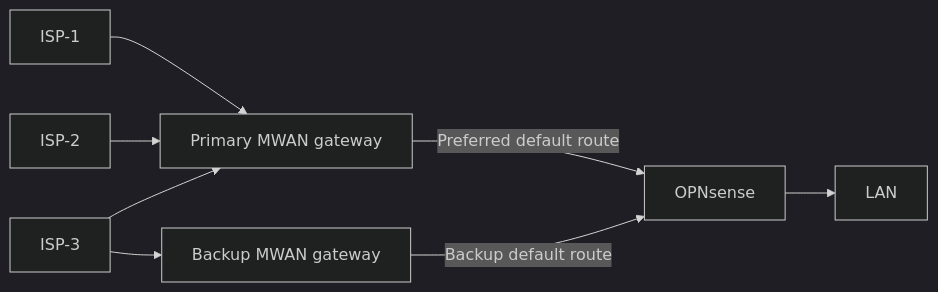
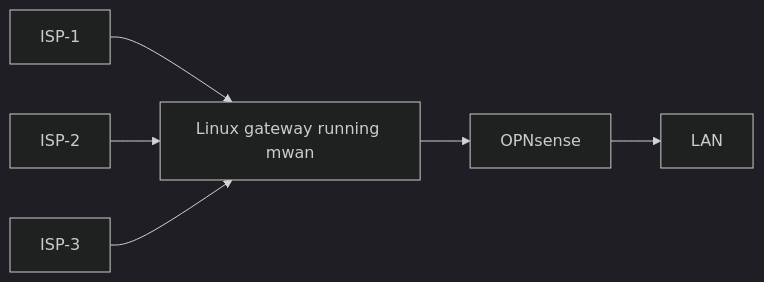
One commit to agoodkind/mwan changed the diagram in docs/mwan.md. Above: the diagram before and after it, drawn with Mermaid (dark theme). The commit also changed other lines of this file and 760 other files, not shown here.

First line of the commit message:
Make mwan a standalone Linux gateway (#304)

````diff
--- a/docs/mwan.md
+++ b/docs/mwan.md
@@ -27,10 +25,8 @@
 ```mermaid
 flowchart LR
-  isp1[ISP-1] --> primary[Primary MWAN gateway]
-  isp2[ISP-2] --> primary
-  isp3[ISP-3] --> primary
-  isp3 --> fallback[Backup MWAN gateway]
-  primary -->|Preferred default route| router[OPNsense]
-  fallback -->|Backup default route| router
+  isp1[ISP-1] --> gateway[Linux gateway running mwan]
+  isp2[ISP-2] --> gateway
+  isp3[ISP-3] --> gateway
+  gateway --> router[OPNsense]
   router --> lan[LAN]
 ```
````
